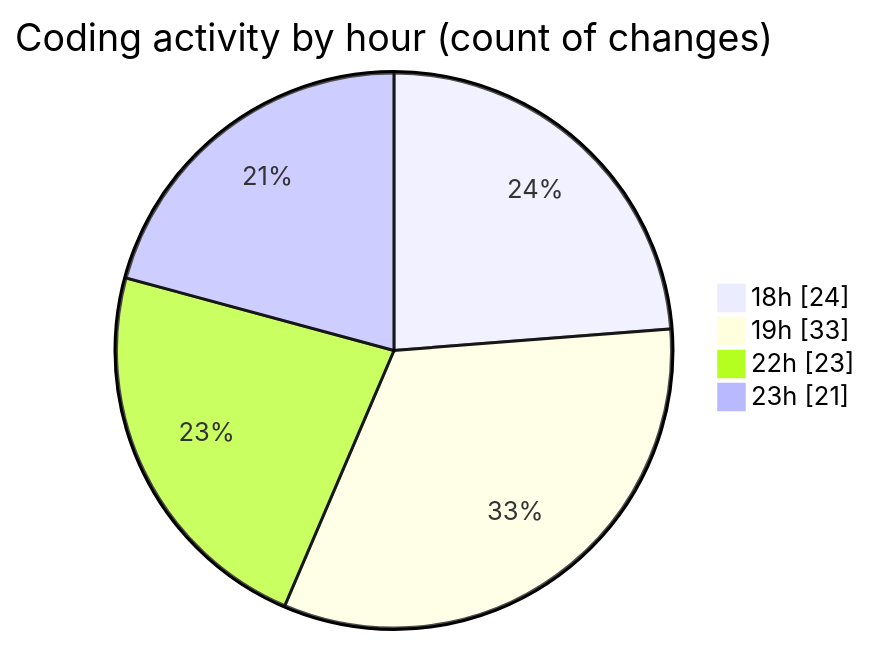
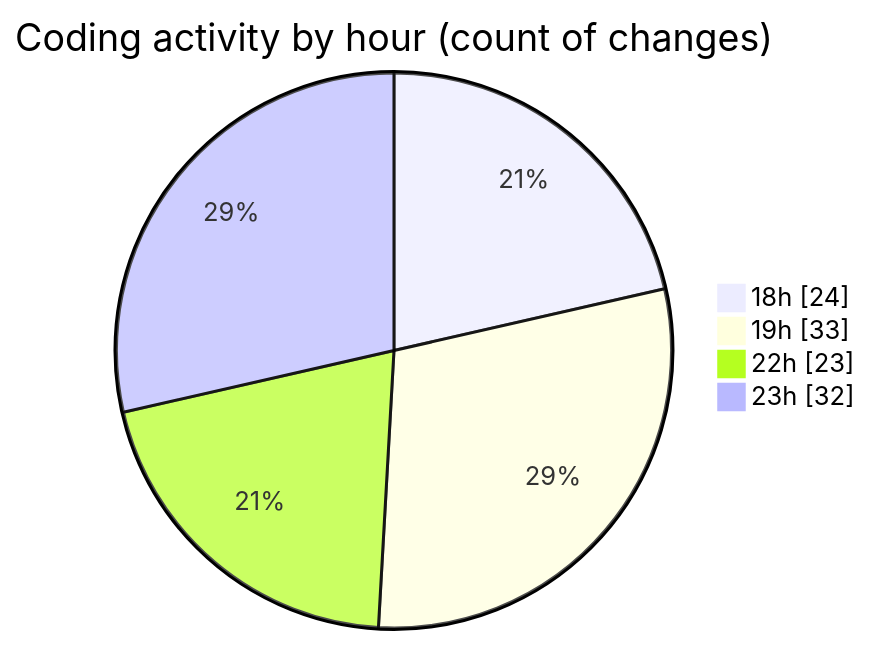
One commit to Netris89/code-tracking changed the second of 2 diagrams in 2025-04-21/echo/README.md. Above: the diagram before and after it, drawn with Mermaid. The commit also changed other lines of this file and 1 other file, not shown here.

````diff
--- a/2025-04-21/echo/README.md
+++ b/2025-04-21/echo/README.md
@@ -36,8 +36,8 @@
 ```mermaid
 pie showData
 title Coding activity by hour (count of changes)
 "18h" : 24
 "19h" : 33
 "22h" : 23
-"23h" : 21
+"23h" : 32
 ```
````
